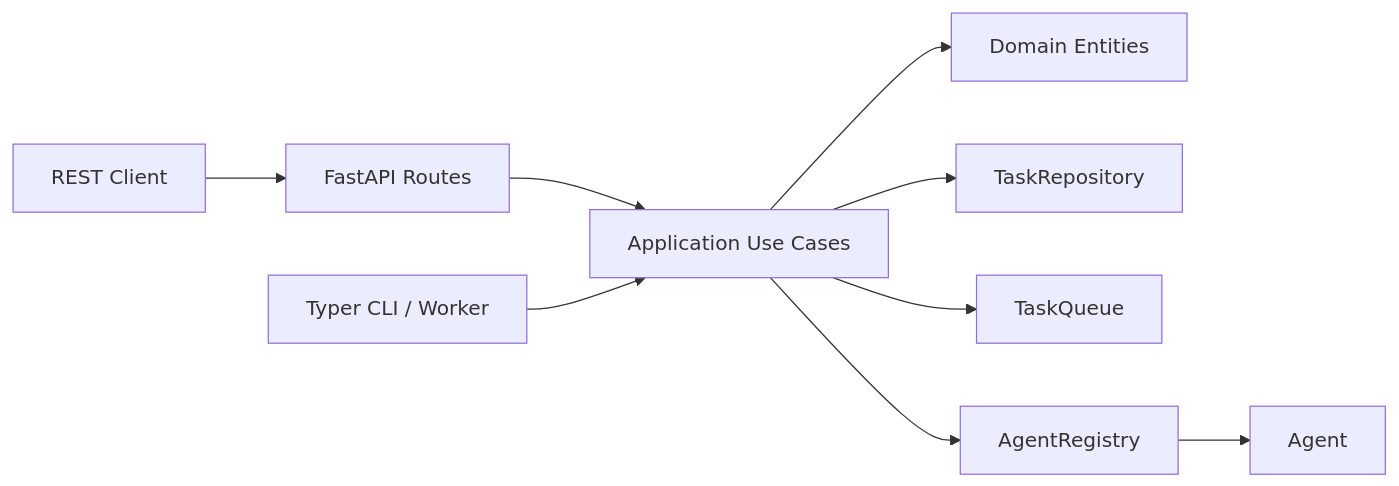
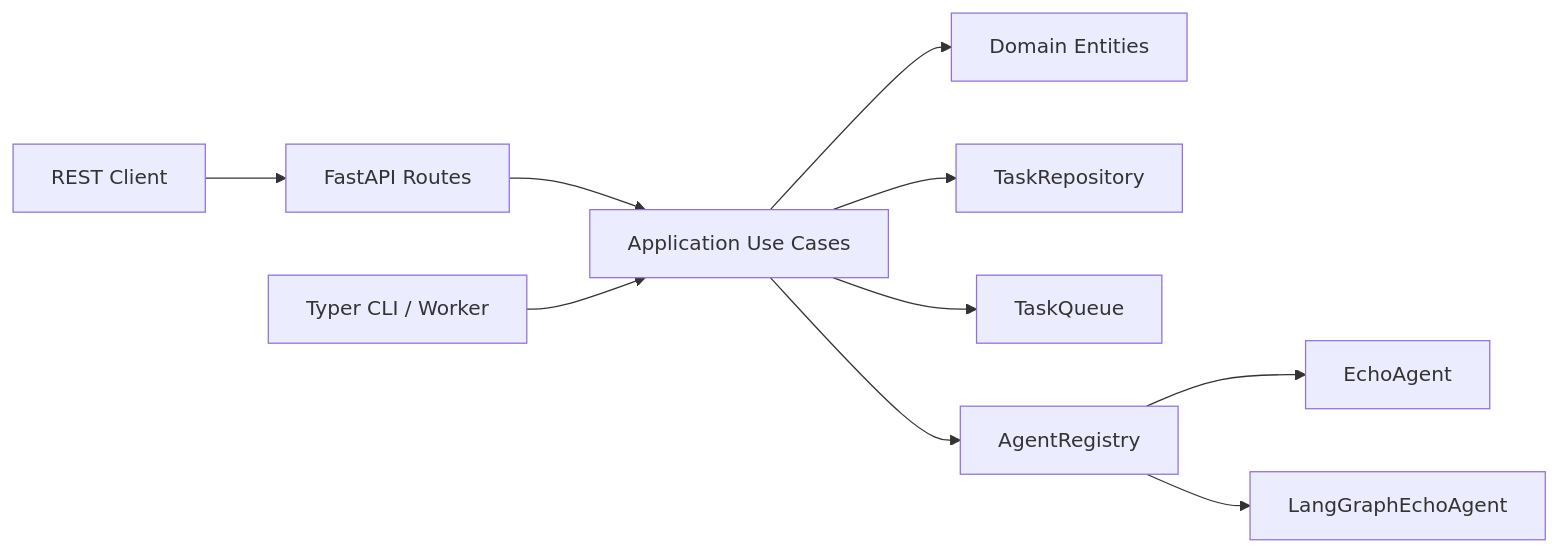
The first of 2 diagrams in docs/cloud_agent/index.md (ks6088ts-labs/concierge), drawn with Mermaid before and after one commit. The commit also changed other lines of this file and 13 other files, not shown here.

First line of the commit message:
feat(cloud_agent): add LangGraphEchoAgent with registry, settings, tests and docs

````diff
--- a/docs/cloud_agent/index.md
+++ b/docs/cloud_agent/index.md
@@ -13,11 +13,12 @@
 ```mermaid
 flowchart LR
     Client[REST Client] --> Web[FastAPI Routes]
     Web --> UC[Application Use Cases]
     CLI[Typer CLI / Worker] --> UC
     UC --> Domain[Domain Entities]
     UC --> Repo[TaskRepository]
     UC --> Queue[TaskQueue]
     UC --> Registry[AgentRegistry]
-    Registry --> Agent[Agent]
+    Registry --> Echo[EchoAgent]
+    Registry --> LGE[LangGraphEchoAgent]
 ```
````
